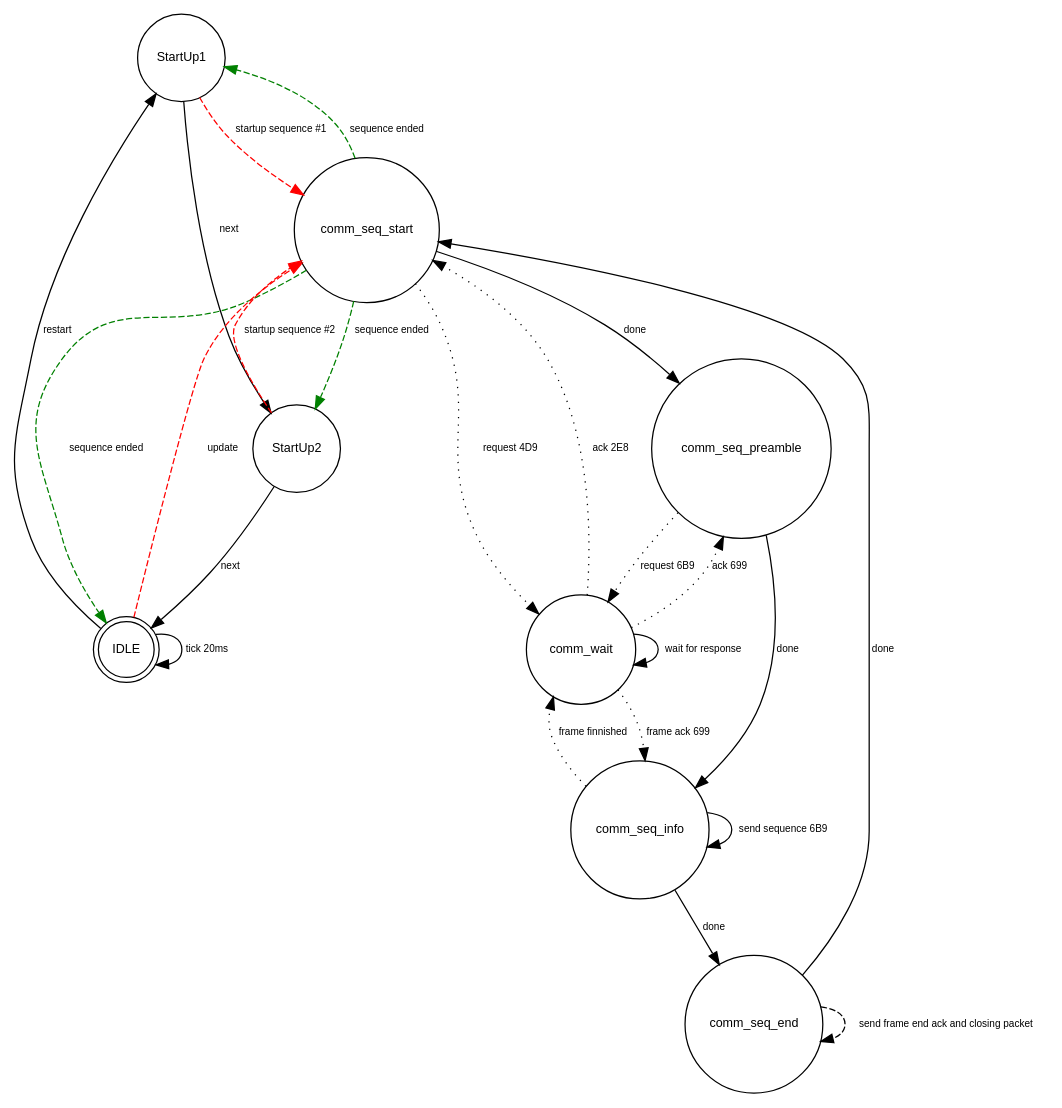
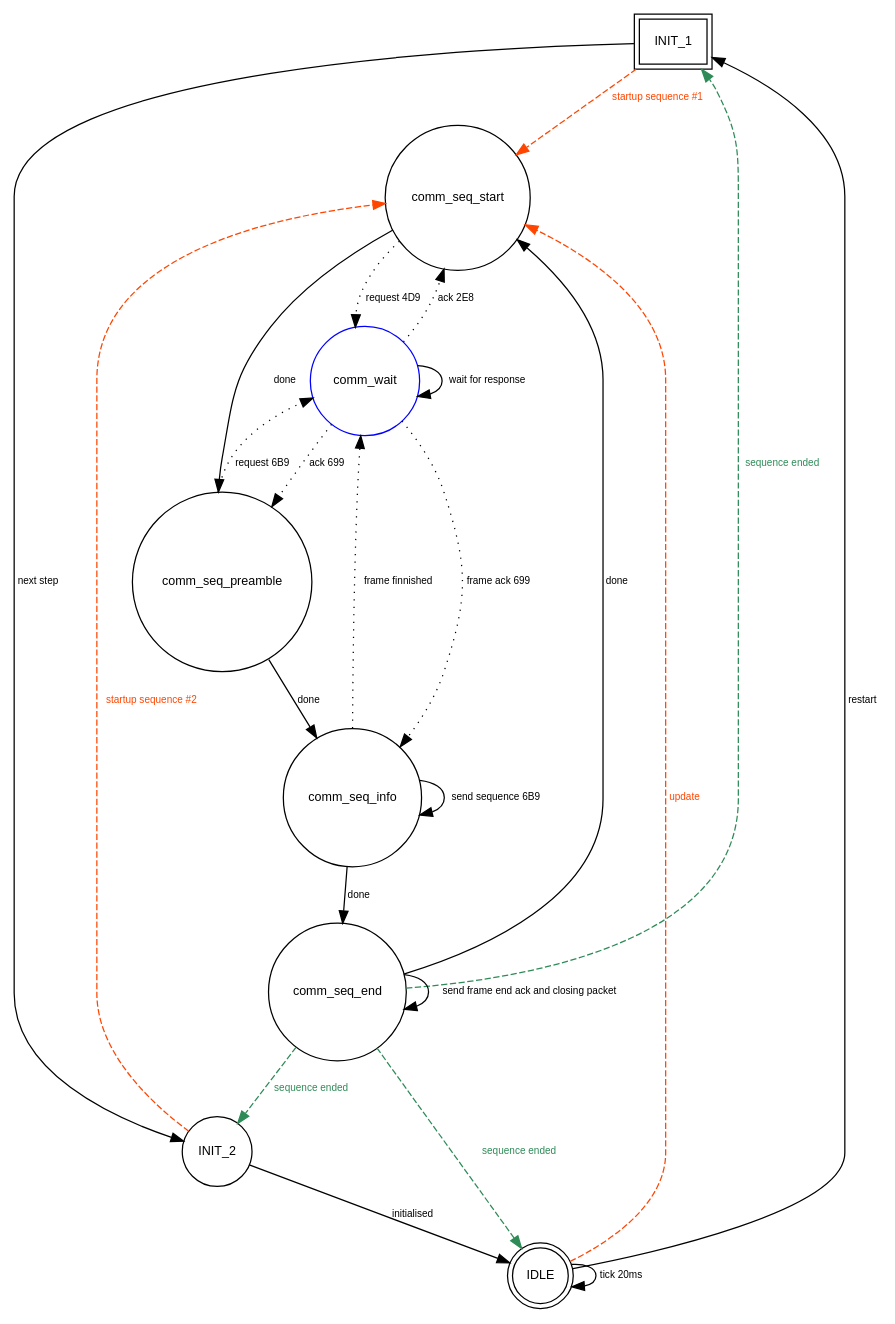
The diagram in CAN2matrix/doc/dot/comm_ic_fsm.dot (mkleemann/CAN2matrix), drawn with Graphviz before and after one commit.

Commit message:
update state machine definition to make it more readable

```diff
--- a/CAN2matrix/doc/dot/comm_ic_fsm.dot
+++ b/CAN2matrix/doc/dot/comm_ic_fsm.dot
@@ -1,36 +1,38 @@
 digraph comm_ic_fsm {
     node [shape=circle, fontname="Helvetica", fontsize=10.0];
     edge [fontname="Helvetica", fontsize=8.0];
 
-    StartUp1 -> comm_seq_start [label="startup sequence #1", style=dashed, color=red];
-    StartUp1 -> StartUp2 [label="next"];
+    INIT_1 [shape=box, peripheries=2];
+    INIT_1 -> comm_seq_start [label="startup sequence #1", style=dashed, color=orangered, fontcolor=orangered];
+    INIT_1 -> INIT_2 [label="next step"];
 
-    StartUp2 -> comm_seq_start [label="startup sequence #2", style=dashed, color=red];
-    StartUp2 -> IDLE [label="next"]
+    INIT_2 -> comm_seq_start [label="startup sequence #2", style=dashed, color=orangered, fontcolor=orangered];
+    INIT_2 -> IDLE [label="initialised"]
 
-    IDLE [peripheries=2];
+    IDLE [peripheries=2, fillcolor=lightgrey];
     IDLE -> IDLE [label="tick 20ms"];
-    IDLE -> comm_seq_start [label="update", style=dashed, color=red];
-    IDLE -> StartUp1 [label="restart"];
+    IDLE -> comm_seq_start [label="update", style=dashed, color=orangered, fontcolor=orangered];
+    IDLE -> INIT_1 [label="restart"];
 
+    comm_wait [color=blue];
     comm_wait -> comm_wait [label="wait for response"];
     comm_wait -> comm_seq_start [label="ack 2E8", style=dotted];
     comm_wait -> comm_seq_preamble [label="ack 699", style=dotted];
     comm_wait -> comm_seq_info [label="frame ack 699", style=dotted];
 
     comm_seq_start -> comm_seq_preamble [label="done"];
-    comm_seq_start -> StartUp1 [label="sequence ended", style=dashed, color=green];
-    comm_seq_start -> StartUp2 [label="sequence ended", style=dashed, color=green];
-    comm_seq_start -> IDLE [label="sequence ended", style=dashed, color=green];
     comm_seq_start -> comm_wait [label="request 4D9", style=dotted];
 
     comm_seq_preamble -> comm_seq_info [label="done"];
     comm_seq_preamble -> comm_wait [label="request 6B9", style=dotted];
 
     comm_seq_info -> comm_seq_info [label="send sequence 6B9"];
     comm_seq_info -> comm_wait [label="frame finnished", style=dotted];
     comm_seq_info -> comm_seq_end [label="done"];
 
-    comm_seq_end -> comm_seq_end [label="send frame end ack and closing packet", style=dashed];
+    comm_seq_end -> comm_seq_end [label="send frame end ack and closing packet"];
+    comm_seq_end -> INIT_1 [label="sequence ended", style=dashed, color=seagreen, fontcolor=seagreen];
+    comm_seq_end -> INIT_2 [label="sequence ended", style=dashed, color=seagreen, fontcolor=seagreen];
+    comm_seq_end -> IDLE [label="sequence ended", style=dashed, color=seagreen, fontcolor=seagreen];
     comm_seq_end -> comm_seq_start [label="done"];
 }
```
